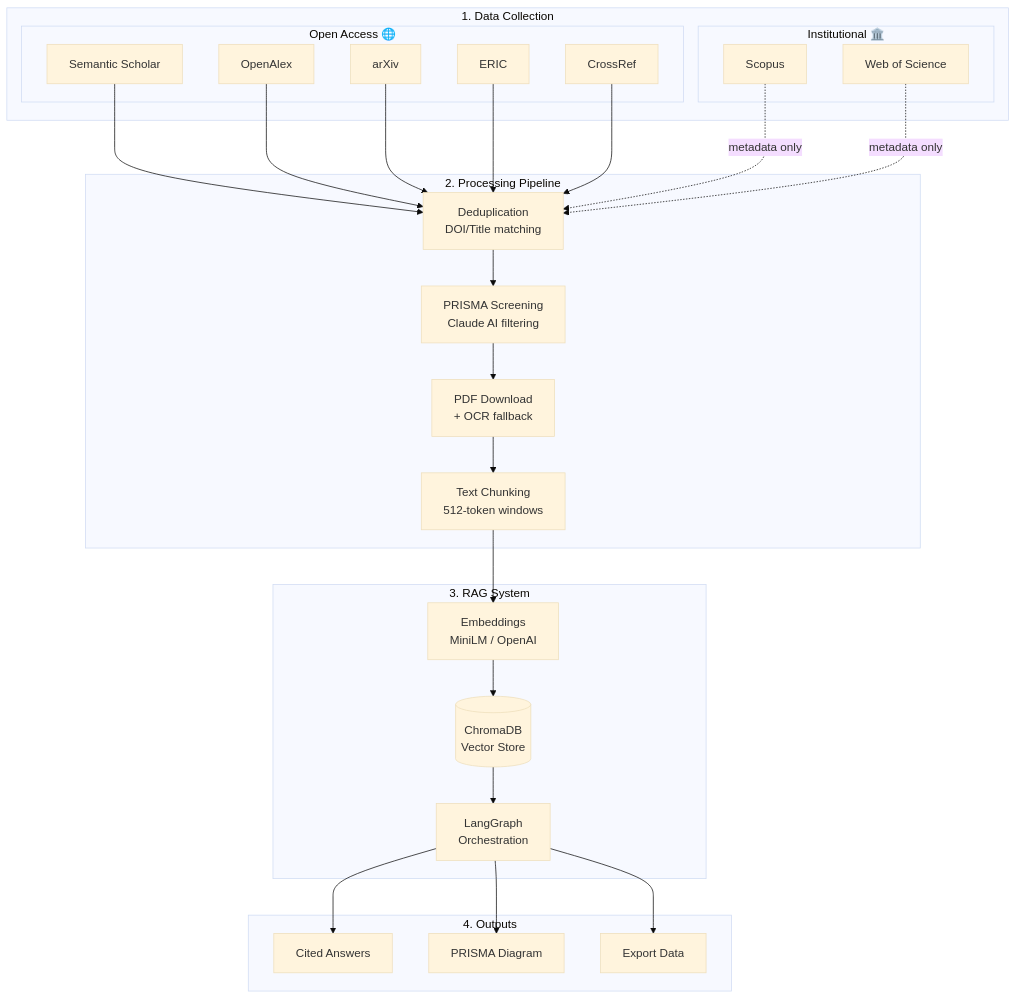
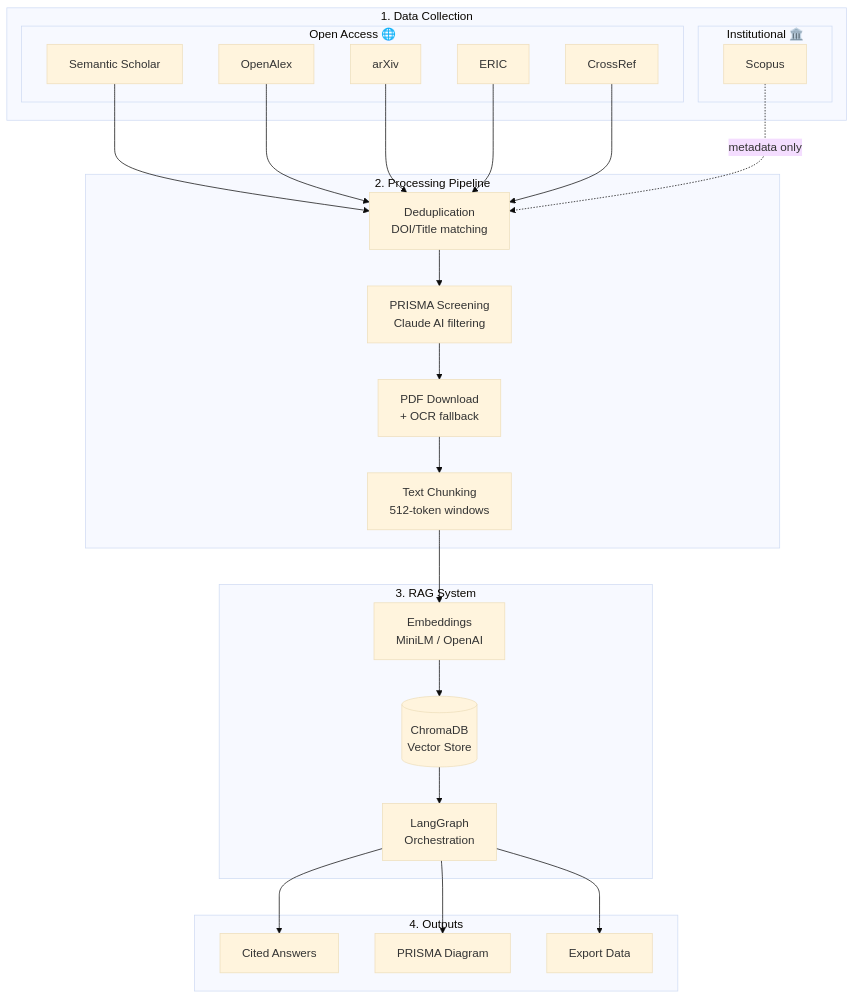
Before and after one commit to HosungYou/ScholaRAG: the diagram in README.md, drawn with Mermaid (base theme). The commit also changed other lines of this file and 1 other file, not shown here.

Commit message:
v1.3.0: Add ERIC, CrossRef, Scopus; Remove Web of Science
Database changes:
- Add ERIC API (free, education-focused, max 2000 results)
- Add CrossRef API (free, 156M+ records, cursor pagination)
- Add Scopus API (institutional, requires API key)
- Remove Web of Science (complex API requirements)

Now supports 6 databases:
- Open Access (5): Semantic Scholar, OpenAlex, arXiv, ERIC, CrossRef
- Institutional (1): Scopus (metadata only)

Note: ERIC and CrossRef are free/open access APIs, not open source software.

````diff
--- a/README.md
+++ b/README.md
@@ -72,40 +72,39 @@
 ```mermaid
 flowchart TB
     subgraph Data["1. Data Collection"]
         subgraph OpenAccess["Open Access 🌐"]
             A1[Semantic Scholar]
             A2[OpenAlex]
             A3[arXiv]
             A4[ERIC]
             A5[CrossRef]
         end
         subgraph Institutional["Institutional 🏛️"]
             A6[Scopus]
-            A7[Web of Science]
         end
     end
 
     subgraph Process["2. Processing Pipeline"]
         B[Deduplication<br/>DOI/Title matching]
         C[PRISMA Screening<br/>Claude AI filtering]
         D[PDF Download<br/>+ OCR fallback]
         E[Text Chunking<br/>512-token windows]
     end
 
     subgraph RAG["3. RAG System"]
         F[Embeddings<br/>MiniLM / OpenAI]
         G[(ChromaDB<br/>Vector Store)]
         H[LangGraph<br/>Orchestration]
     end
 
     subgraph Output["4. Outputs"]
         I[Cited Answers]
         J[PRISMA Diagram]
         K[Export Data]
     end
 
     A1 & A2 & A3 & A4 & A5 --> B
-    A6 & A7 -.->|metadata only| B
+    A6 -.->|metadata only| B
     B --> C --> D --> E --> F --> G --> H
     H --> I & J & K
 ```
````
